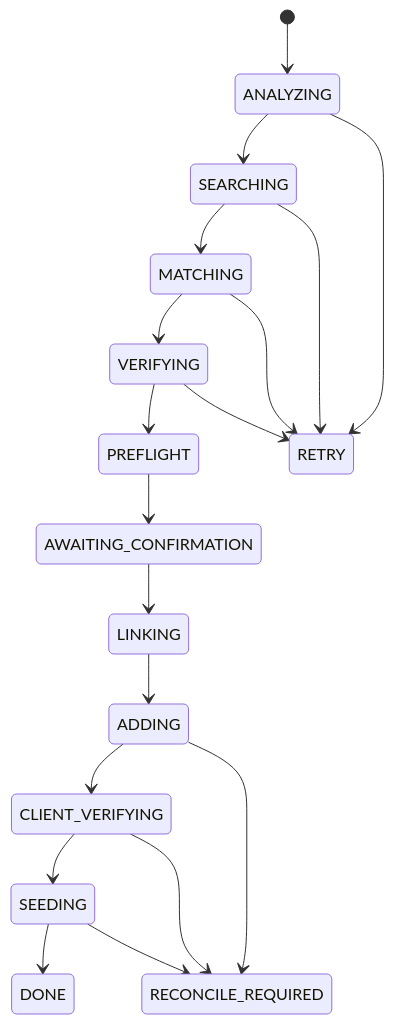
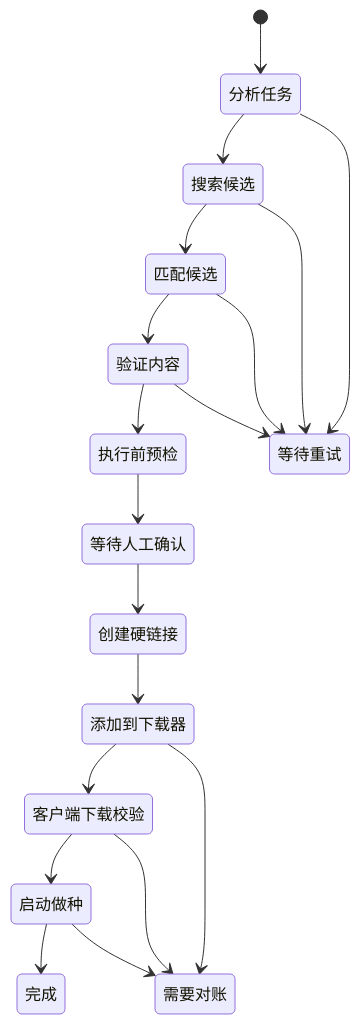
One commit to YYxiaoma/PackBreaker changed the second of 2 diagrams in README.md. Above: the diagram before and after it, drawn with Mermaid. The commit also changed other lines of this file and 8 other files, not shown here.

````diff
--- a/README.md
+++ b/README.md
@@ -139,22 +139,36 @@
 ```mermaid
 stateDiagram-v2
+    state "分析任务" as ANALYZING
+    state "搜索候选" as SEARCHING
+    state "匹配候选" as MATCHING
+    state "验证内容" as VERIFYING
+    state "执行前预检" as PREFLIGHT
+    state "等待人工确认" as AWAITING_CONFIRMATION
+    state "创建硬链接" as LINKING
+    state "添加到下载器" as ADDING
+    state "客户端下载校验" as CLIENT_VERIFYING
+    state "启动做种" as SEEDING
+    state "完成" as DONE
+    state "等待重试" as RETRY
+    state "需要对账" as RECONCILE_REQUIRED
+
     [*] --> ANALYZING
     ANALYZING --> SEARCHING
     SEARCHING --> MATCHING
     MATCHING --> VERIFYING
     VERIFYING --> PREFLIGHT
     PREFLIGHT --> AWAITING_CONFIRMATION
     AWAITING_CONFIRMATION --> LINKING
     LINKING --> ADDING
     ADDING --> CLIENT_VERIFYING
     CLIENT_VERIFYING --> SEEDING
     SEEDING --> DONE
 
     ANALYZING --> RETRY
     SEARCHING --> RETRY
     MATCHING --> RETRY
     VERIFYING --> RETRY
     ADDING --> RECONCILE_REQUIRED
     CLIENT_VERIFYING --> RECONCILE_REQUIRED
     SEEDING --> RECONCILE_REQUIRED
 ```
````
